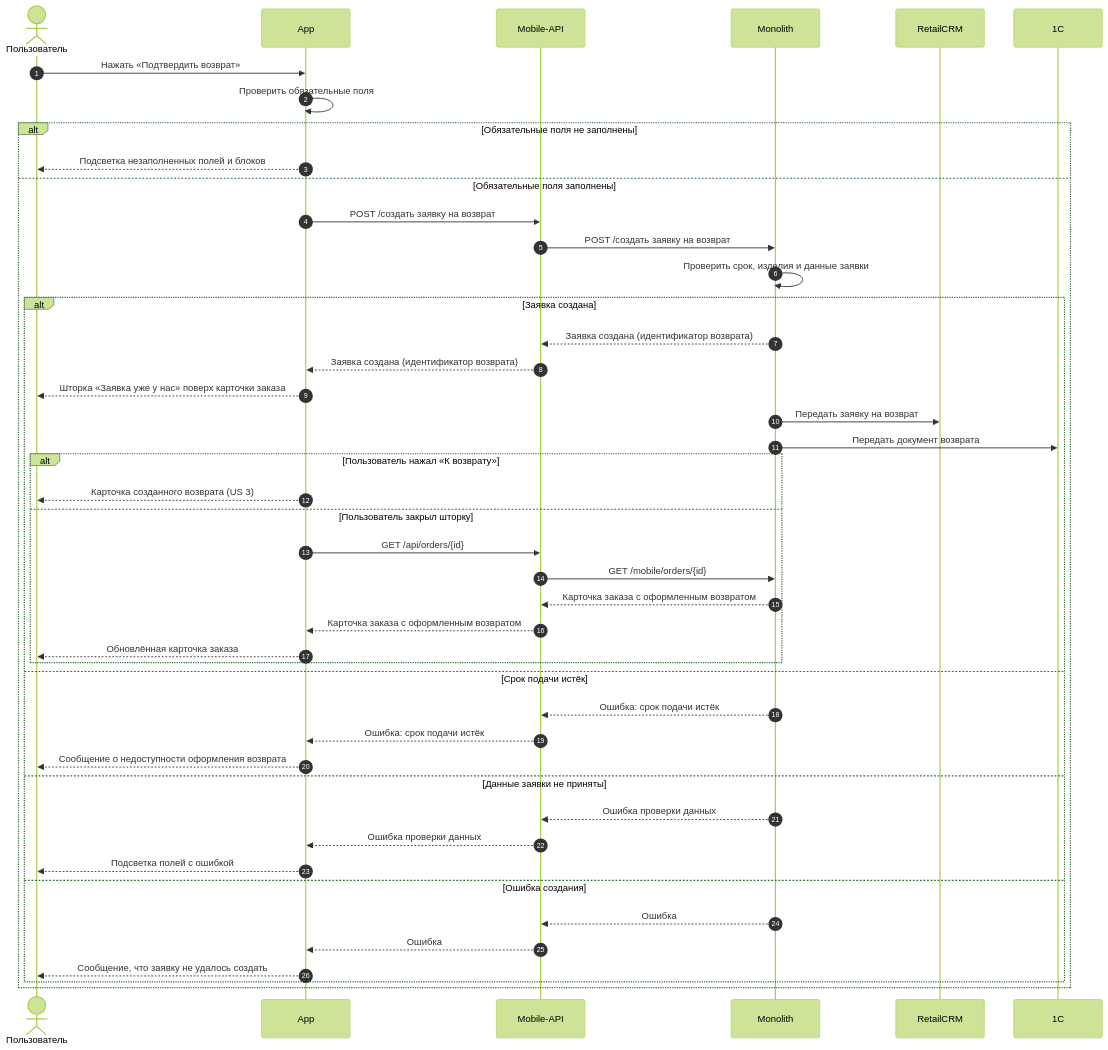
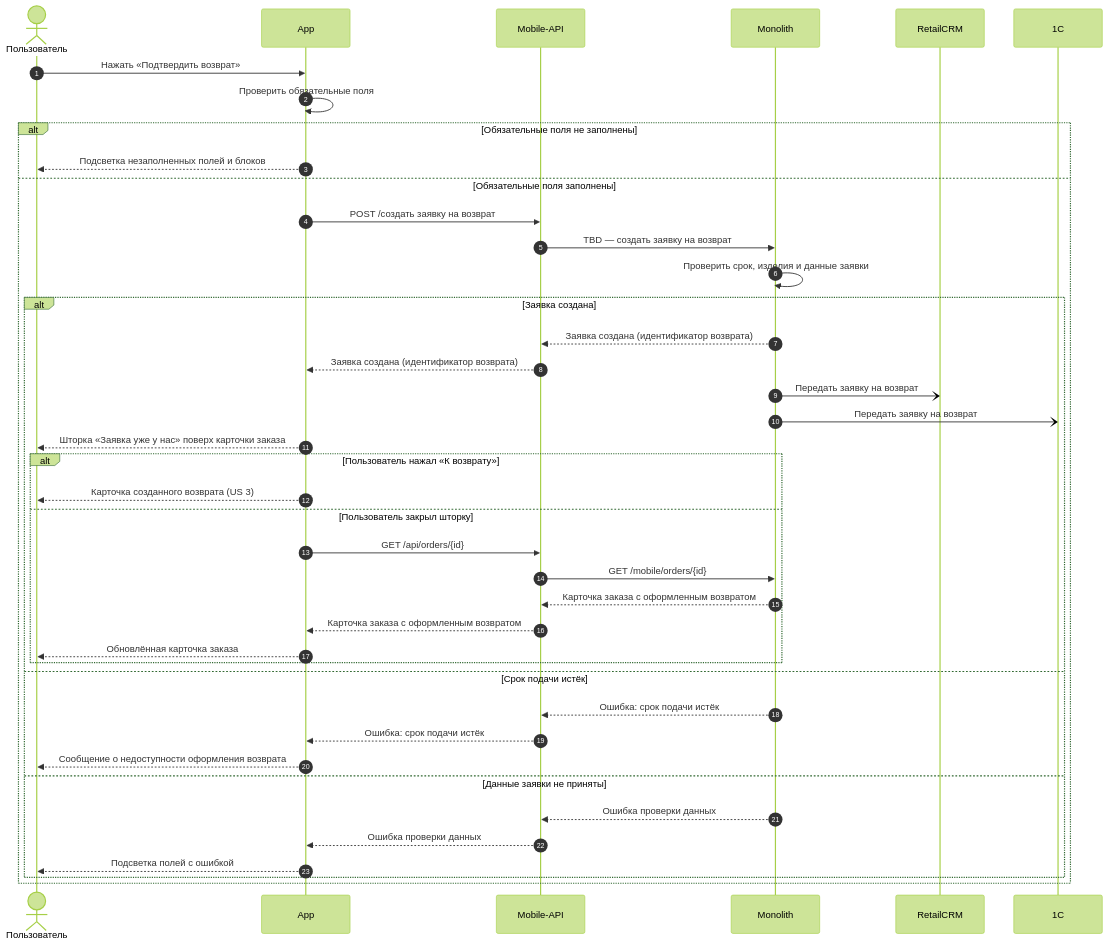
Diagram 16 of 21 in projects/returns-2.0/requirements/srs/srs-mobile-mvp_wiki.md (Terinss155/opencode-agents-analysis), drawn with Mermaid (forest theme) before and after one commit. The commit also changed other lines of this file and 4 other files, not shown here.

````diff
--- a/projects/returns-2.0/requirements/srs/srs-mobile-mvp_wiki.md
+++ b/projects/returns-2.0/requirements/srs/srs-mobile-mvp_wiki.md
@@ -1008,48 +1193,44 @@
 ```mermaid
 sequenceDiagram
     autonumber
     actor U as Пользователь
     participant APP as App
     participant API as Mobile-API
     participant MON as Monolith
     participant RCRM as RetailCRM
     participant ONEC as 1C
 
     U->>APP: Нажать «Подтвердить возврат»
     APP->>APP: Проверить обязательные поля
     alt Обязательные поля не заполнены
         APP-->>U: Подсветка незаполненных полей и блоков
     else Обязательные поля заполнены
         APP->>API: POST /создать заявку на возврат
-        API->>MON: POST /создать заявку на возврат
+        API->>MON: TBD — создать заявку на возврат
         MON->>MON: Проверить срок, изделия и данные заявки
         alt Заявка создана
             MON-->>API: Заявка создана (идентификатор возврата)
             API-->>APP: Заявка создана (идентификатор возврата)
+            MON-)RCRM: Передать заявку на возврат
+            MON-)ONEC: Передать заявку на возврат
             APP-->>U: Шторка «Заявка уже у нас» поверх карточки заказа
-            MON->>RCRM: Передать заявку на возврат
-            MON->>ONEC: Передать документ возврата
             alt Пользователь нажал «К возврату»
                 APP-->>U: Карточка созданного возврата (US 3)
             else Пользователь закрыл шторку
                 APP->>API: GET /api/orders/{id}
                 API->>MON: GET /mobile/orders/{id}
                 MON-->>API: Карточка заказа с оформленным возвратом
                 API-->>APP: Карточка заказа с оформленным возвратом
                 APP-->>U: Обновлённая карточка заказа
             end
         else Срок подачи истёк
             MON-->>API: Ошибка: срок подачи истёк
             API-->>APP: Ошибка: срок подачи истёк
             APP-->>U: Сообщение о недоступности оформления возврата
         else Данные заявки не приняты
             MON-->>API: Ошибка проверки данных
             API-->>APP: Ошибка проверки данных
             APP-->>U: Подсветка полей с ошибкой
-        else Ошибка создания
-            MON-->>API: Ошибка
-            API-->>APP: Ошибка
-            APP-->>U: Сообщение, что заявку не удалось создать
         end
     end
 ```
````
